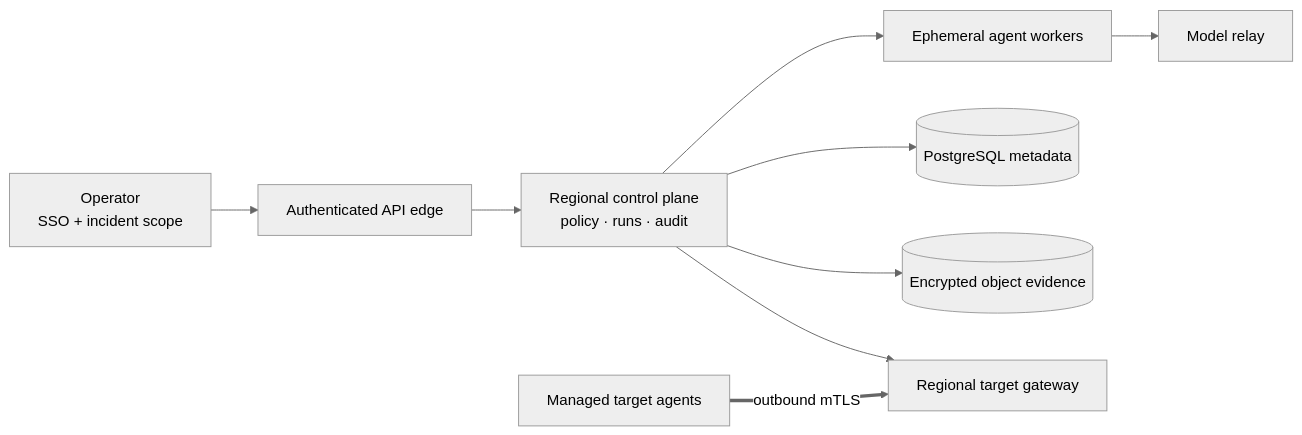
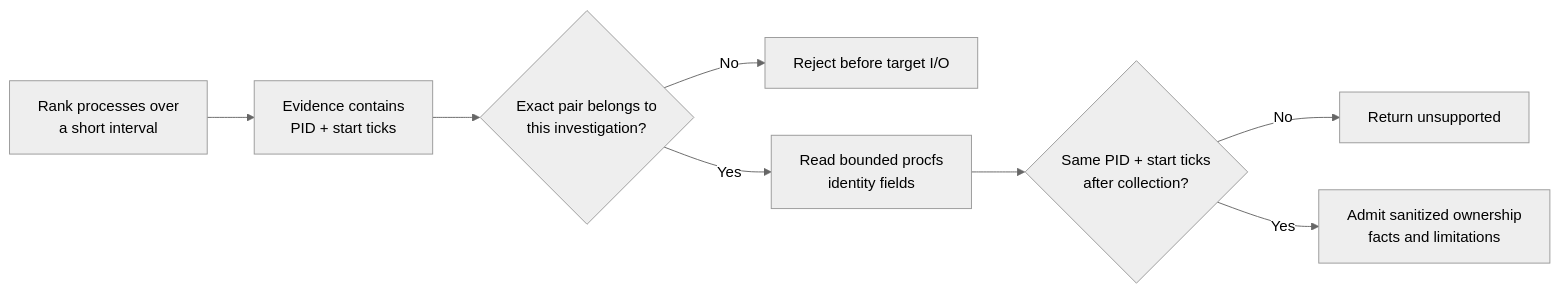
One commit to Qingyu255/Linux-Oncall-Agent changed the third of 3 diagrams in docs/interview-presentation.md. Above: the diagram before and after it, drawn with Mermaid (neutral theme). The commit also changed other lines of this file, not shown here.

````diff
--- a/docs/interview-presentation.md
+++ b/docs/interview-presentation.md
@@ -309,11 +90,10 @@
 ```mermaid
 flowchart LR
-    U[Operator<br/>SSO + incident scope] --> G[Authenticated API edge]
-    G --> C[Regional control plane<br/>policy · runs · audit]
-    C --> W[Ephemeral agent workers]
-    W --> R[Model relay]
-    C --> P[(PostgreSQL metadata)]
-    C --> O[(Encrypted object evidence)]
-    C --> TG[Regional target gateway]
-    TA[Managed target agents] ==>|outbound mTLS| TG
+    R[Rank processes over<br/>a short interval] --> I[Evidence contains<br/>PID + start ticks]
+    I --> A{Exact pair belongs to<br/>this investigation?}
+    A -->|No| X[Reject before target I/O]
+    A -->|Yes| P[Read bounded procfs<br/>identity fields]
+    P --> C{Same PID + start ticks<br/>after collection?}
+    C -->|No| U[Return unsupported]
+    C -->|Yes| E[Admit sanitized ownership<br/>facts and limitations]
 ```
````
